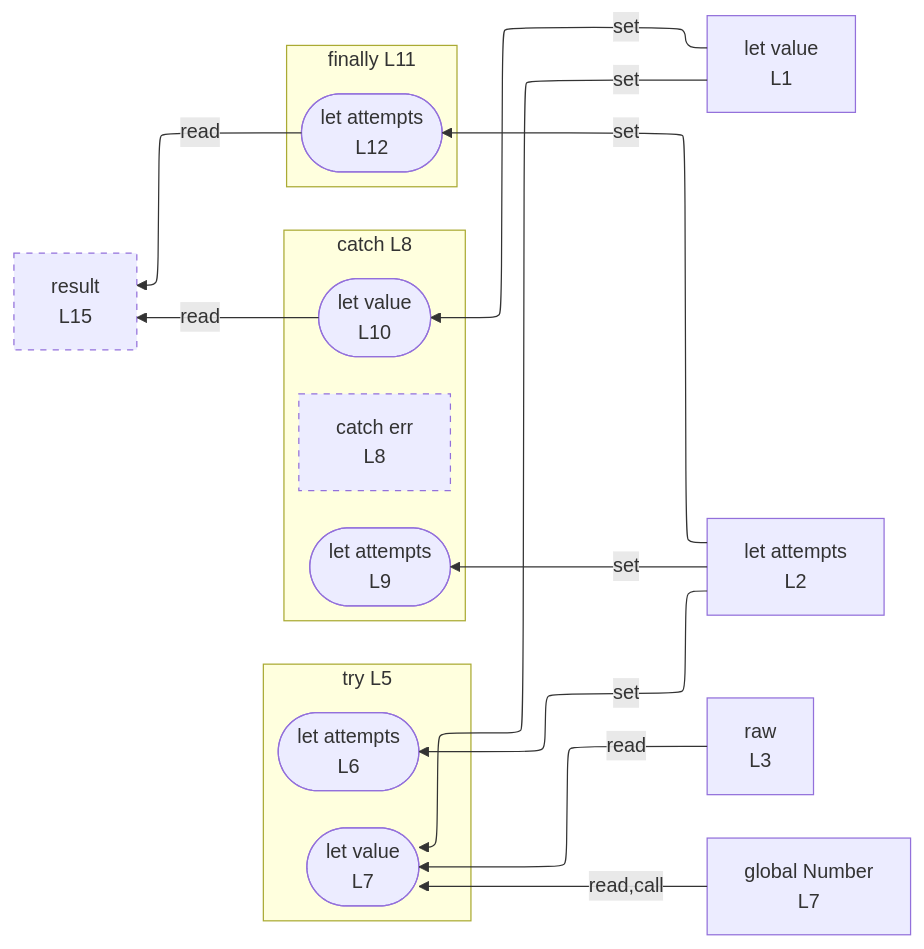
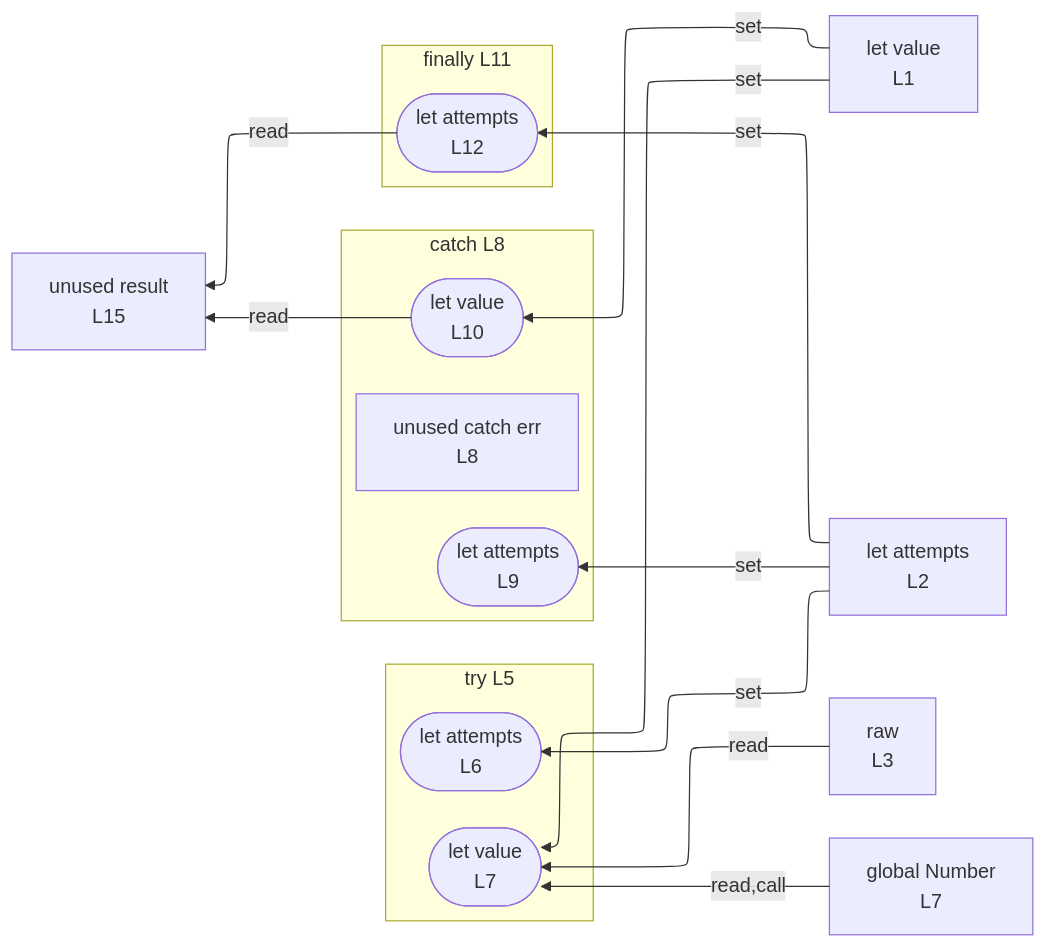
One commit to crescware/unsnarl changed the diagram in integration/fixtures/control-try/preview.md. Above: the diagram before and after it, drawn with Mermaid. The commit also changed 75 other files, not shown here.

````diff
--- a/integration/fixtures/control-try/preview.md
+++ b/integration/fixtures/control-try/preview.md
@@ -25,36 +25,33 @@
 ```mermaid
 %%{init: {"flowchart": {"defaultRenderer": "elk"}}}%%
 flowchart RL
   n_scope_0_value_4["let value<br/>L1"]
   n_scope_0_attempts_19["let attempts<br/>L2"]
   n_scope_0_raw_39["raw<br/>L3"]
-  n_scope_0_result_182["result<br/>L15"]
+  n_scope_0_result_182["unused result<br/>L15"]
   n_scope_0_Number_84["global Number<br/>L7"]
   subgraph s_scope_1["try L5"]
     direction RL
     wr_ref_1(["let value<br/>L7"])
     wr_ref_0(["let attempts<br/>L6"])
   end
   subgraph s_scope_2["catch L8"]
     direction RL
-    n_scope_2_err_106["catch err<br/>L8"]
+    n_scope_2_err_106["unused catch err<br/>L8"]
     wr_ref_5(["let value<br/>L10"])
     wr_ref_4(["let attempts<br/>L9"])
   end
   subgraph s_scope_3["finally L11"]
     direction RL
     wr_ref_6(["let attempts<br/>L12"])
   end
   n_scope_0_value_4 -->|set| wr_ref_1
   n_scope_0_value_4 -->|set| wr_ref_5
   n_scope_0_attempts_19 -->|set| wr_ref_0
   n_scope_0_attempts_19 -->|set| wr_ref_4
   n_scope_0_attempts_19 -->|set| wr_ref_6
   n_scope_0_Number_84 -->|read,call| wr_ref_1
   n_scope_0_raw_39 -->|read| wr_ref_1
   wr_ref_5 -->|read| n_scope_0_result_182
   wr_ref_6 -->|read| n_scope_0_result_182
-  classDef unused stroke-dasharray: 5 5;
-  class n_scope_0_result_182 unused;
-  class n_scope_2_err_106 unused;
 ```
````
